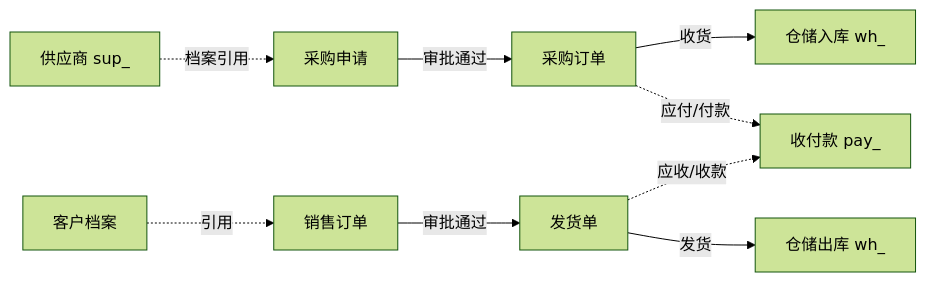
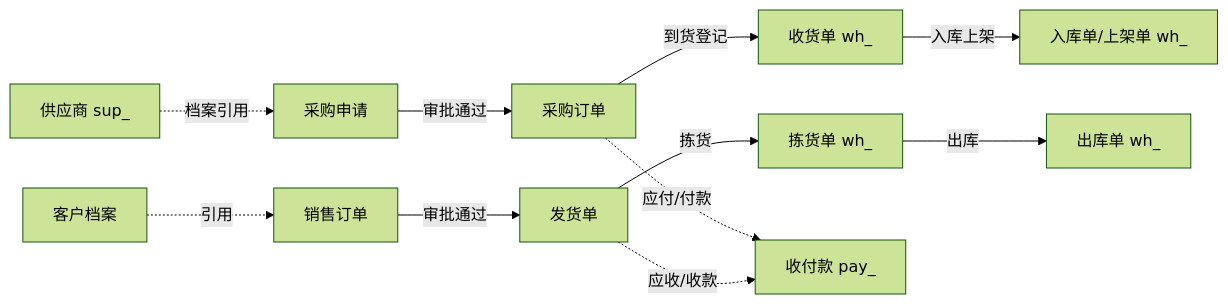
Before and after one commit to minjian123/business-operation-management: the second of 2 diagrams in biz文档/规划/biz企业运营管理规划.md, drawn with Mermaid (forest theme). The commit also changed other lines of this file, not shown here.

````diff
--- a/biz文档/规划/biz企业运营管理规划.md
+++ b/biz文档/规划/biz企业运营管理规划.md
@@ -169,11 +169,13 @@
 ```mermaid
 flowchart LR
     PO[采购申请] -->|审批通过| PORDER[采购订单]
-    PORDER -->|收货| IN[仓储入库 wh_]
+    PORDER -->|到货登记| RCV[收货单 wh_]
+    RCV -->|入库上架| IN[入库单/上架单 wh_]
     SO[销售订单] -->|审批通过| DEL[发货单]
-    DEL -->|发货| OUT[仓储出库 wh_]
+    DEL -->|拣货| PICK[拣货单 wh_]
+    PICK -->|出库| OUT[出库单 wh_]
     PORDER -.->|应付/付款| PAY[收付款 pay_]
     DEL -.->|应收/收款| PAY
     PURCHASE[供应商 sup_] -.->|档案引用| PO
     CUST[客户档案] -.->|引用| SO
 ```
````
